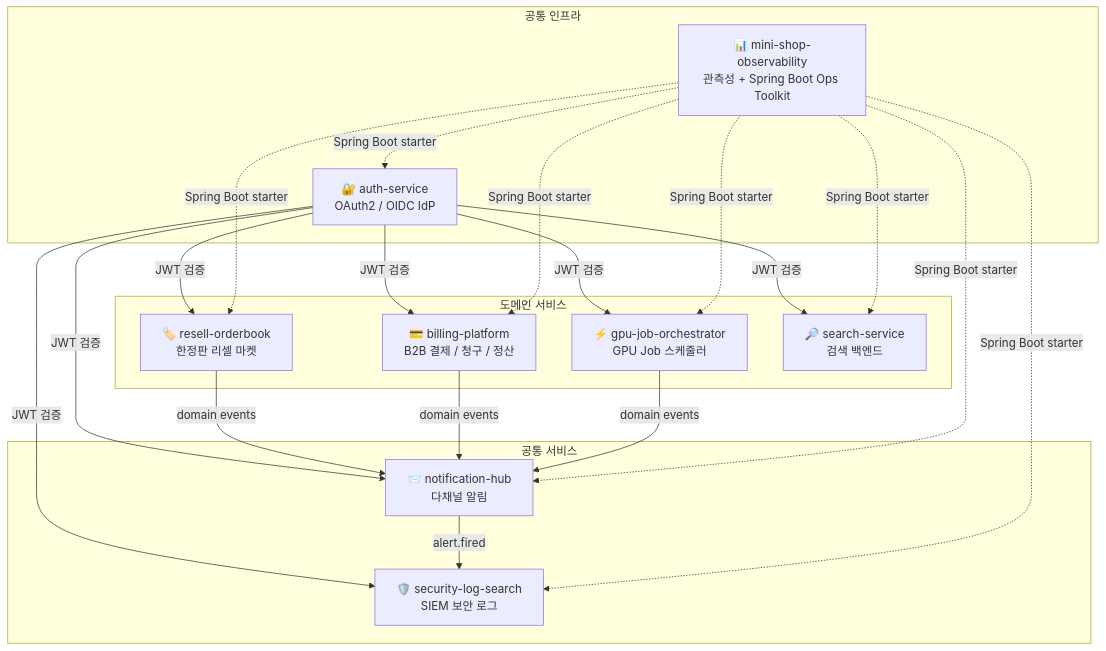
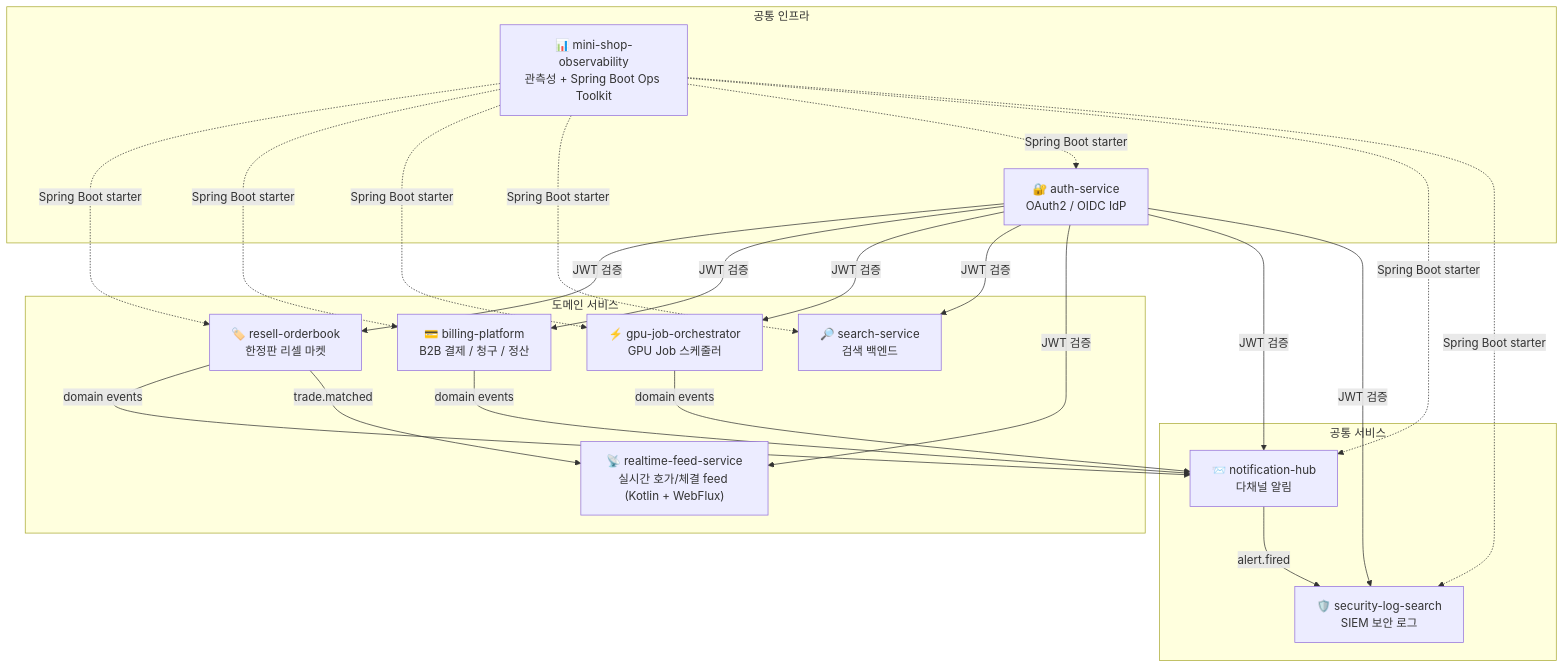
The diagram in README.md (ssa1004/ssa1004), drawn with Mermaid before and after one commit. The commit also changed other lines of this file, not shown here.

First line of the commit message:
docs: 9번째 레포 realtime-feed-service 추가 — Kotlin + WebFlux + Coroutines reactive

````diff
--- a/README.md
+++ b/README.md
@@ -5,40 +5,44 @@
 ```mermaid
 graph TB
     subgraph Infra["공통 인프라"]
         AUTH["🔐 auth-service<br/>OAuth2 / OIDC IdP"]
         OBS["📊 mini-shop-observability<br/>관측성 + Spring Boot Ops Toolkit"]
     end
 
     subgraph Domain["도메인 서비스"]
         ORDER["🏷️ resell-orderbook<br/>한정판 리셀 마켓"]
         BILL["💳 billing-platform<br/>B2B 결제 / 청구 / 정산"]
         GPU["⚡ gpu-job-orchestrator<br/>GPU Job 스케줄러"]
         SEARCH["🔎 search-service<br/>검색 백엔드"]
+        FEED["📡 realtime-feed-service<br/>실시간 호가/체결 feed (Kotlin + WebFlux)"]
     end
 
     subgraph Common["공통 서비스"]
         NOTIF["📨 notification-hub<br/>다채널 알림"]
         SIEM["🛡️ security-log-search<br/>SIEM 보안 로그"]
     end
 
     AUTH -->|JWT 검증| ORDER
     AUTH -->|JWT 검증| BILL
     AUTH -->|JWT 검증| GPU
     AUTH -->|JWT 검증| SEARCH
+    AUTH -->|JWT 검증| FEED
     AUTH -->|JWT 검증| NOTIF
     AUTH -->|JWT 검증| SIEM
 
     ORDER -->|domain events| NOTIF
     BILL -->|domain events| NOTIF
     GPU -->|domain events| NOTIF
+
+    ORDER -->|trade.matched| FEED
 
     NOTIF -->|alert.fired| SIEM
 
     OBS -.->|Spring Boot starter| ORDER
     OBS -.->|Spring Boot starter| BILL
     OBS -.->|Spring Boot starter| GPU
     OBS -.->|Spring Boot starter| SEARCH
     OBS -.->|Spring Boot starter| AUTH
     OBS -.->|Spring Boot starter| NOTIF
     OBS -.->|Spring Boot starter| SIEM
 ```
````
